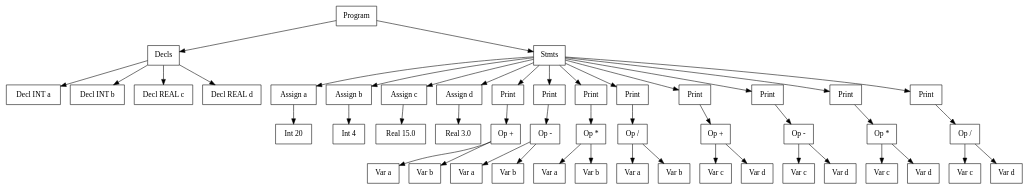
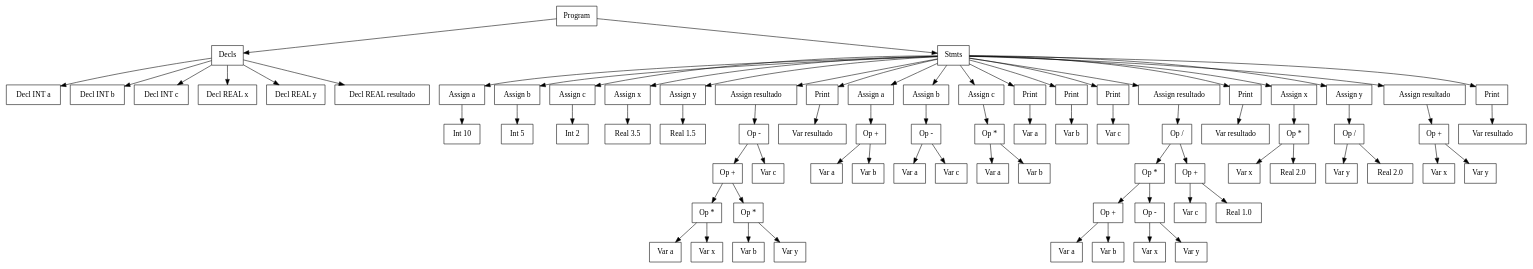
One commit to Otto-Schmitz/trabalho_gb_compiladores changed the diagram in ast.dot. Above: the diagram before and after it, drawn with Graphviz. The commit also changed 13 other files, not shown here.

```diff
--- a/ast.dot
+++ b/ast.dot
@@ -1,96 +1,156 @@
 digraph AST {
   node [shape=box, fontname="Consolas"];
   n0 [label="Program"];
   n1 [label="Decls"];
   n0 -> n1;
   n2 [label="Decl INT a"];
   n1 -> n2;
   n3 [label="Decl INT b"];
   n1 -> n3;
-  n4 [label="Decl REAL c"];
+  n4 [label="Decl INT c"];
   n1 -> n4;
-  n5 [label="Decl REAL d"];
+  n5 [label="Decl REAL x"];
   n1 -> n5;
-  n6 [label="Stmts"];
-  n0 -> n6;
-  n7 [label="Assign a"];
-  n8 [label="Int 20"];
-  n7 -> n8;
-  n6 -> n7;
-  n9 [label="Assign b"];
-  n10 [label="Int 4"];
+  n6 [label="Decl REAL y"];
+  n1 -> n6;
+  n7 [label="Decl REAL resultado"];
+  n1 -> n7;
+  n8 [label="Stmts"];
+  n0 -> n8;
+  n9 [label="Assign a"];
+  n10 [label="Int 10"];
   n9 -> n10;
-  n6 -> n9;
-  n11 [label="Assign c"];
-  n12 [label="Real 15.0"];
+  n8 -> n9;
+  n11 [label="Assign b"];
+  n12 [label="Int 5"];
   n11 -> n12;
-  n6 -> n11;
-  n13 [label="Assign d"];
-  n14 [label="Real 3.0"];
+  n8 -> n11;
+  n13 [label="Assign c"];
+  n14 [label="Int 2"];
   n13 -> n14;
-  n6 -> n13;
-  n15 [label="Print"];
-  n16 [label="Op +"];
-  n17 [label="Var a"];
-  n18 [label="Var b"];
-  n16 -> n17;
-  n16 -> n18;
+  n8 -> n13;
+  n15 [label="Assign x"];
+  n16 [label="Real 3.5"];
   n15 -> n16;
-  n6 -> n15;
-  n19 [label="Print"];
+  n8 -> n15;
+  n17 [label="Assign y"];
+  n18 [label="Real 1.5"];
+  n17 -> n18;
+  n8 -> n17;
+  n19 [label="Assign resultado"];
   n20 [label="Op -"];
-  n21 [label="Var a"];
-  n22 [label="Var b"];
+  n21 [label="Op +"];
+  n22 [label="Op *"];
+  n23 [label="Var a"];
+  n24 [label="Var x"];
+  n22 -> n23;
+  n22 -> n24;
+  n25 [label="Op *"];
+  n26 [label="Var b"];
+  n27 [label="Var y"];
+  n25 -> n26;
+  n25 -> n27;
+  n21 -> n22;
+  n21 -> n25;
+  n28 [label="Var c"];
   n20 -> n21;
-  n20 -> n22;
+  n20 -> n28;
   n19 -> n20;
-  n6 -> n19;
-  n23 [label="Print"];
-  n24 [label="Op *"];
-  n25 [label="Var a"];
-  n26 [label="Var b"];
-  n24 -> n25;
-  n24 -> n26;
-  n23 -> n24;
-  n6 -> n23;
-  n27 [label="Print"];
-  n28 [label="Op /"];
-  n29 [label="Var a"];
-  n30 [label="Var b"];
-  n28 -> n29;
-  n28 -> n30;
-  n27 -> n28;
-  n6 -> n27;
-  n31 [label="Print"];
+  n8 -> n19;
+  n29 [label="Print"];
+  n30 [label="Var resultado"];
+  n29 -> n30;
+  n8 -> n29;
+  n31 [label="Assign a"];
   n32 [label="Op +"];
-  n33 [label="Var c"];
-  n34 [label="Var d"];
+  n33 [label="Var a"];
+  n34 [label="Var b"];
   n32 -> n33;
   n32 -> n34;
   n31 -> n32;
-  n6 -> n31;
-  n35 [label="Print"];
+  n8 -> n31;
+  n35 [label="Assign b"];
   n36 [label="Op -"];
-  n37 [label="Var c"];
-  n38 [label="Var d"];
+  n37 [label="Var a"];
+  n38 [label="Var c"];
   n36 -> n37;
   n36 -> n38;
   n35 -> n36;
-  n6 -> n35;
-  n39 [label="Print"];
+  n8 -> n35;
+  n39 [label="Assign c"];
   n40 [label="Op *"];
-  n41 [label="Var c"];
-  n42 [label="Var d"];
+  n41 [label="Var a"];
+  n42 [label="Var b"];
   n40 -> n41;
   n40 -> n42;
   n39 -> n40;
-  n6 -> n39;
+  n8 -> n39;
   n43 [label="Print"];
-  n44 [label="Op /"];
-  n45 [label="Var c"];
-  n46 [label="Var d"];
-  n44 -> n45;
-  n44 -> n46;
+  n44 [label="Var a"];
   n43 -> n44;
-  n6 -> n43;
+  n8 -> n43;
+  n45 [label="Print"];
+  n46 [label="Var b"];
+  n45 -> n46;
+  n8 -> n45;
+  n47 [label="Print"];
+  n48 [label="Var c"];
+  n47 -> n48;
+  n8 -> n47;
+  n49 [label="Assign resultado"];
+  n50 [label="Op /"];
+  n51 [label="Op *"];
+  n52 [label="Op +"];
+  n53 [label="Var a"];
+  n54 [label="Var b"];
+  n52 -> n53;
+  n52 -> n54;
+  n55 [label="Op -"];
+  n56 [label="Var x"];
+  n57 [label="Var y"];
+  n55 -> n56;
+  n55 -> n57;
+  n51 -> n52;
+  n51 -> n55;
+  n58 [label="Op +"];
+  n59 [label="Var c"];
+  n60 [label="Real 1.0"];
+  n58 -> n59;
+  n58 -> n60;
+  n50 -> n51;
+  n50 -> n58;
+  n49 -> n50;
+  n8 -> n49;
+  n61 [label="Print"];
+  n62 [label="Var resultado"];
+  n61 -> n62;
+  n8 -> n61;
+  n63 [label="Assign x"];
+  n64 [label="Op *"];
+  n65 [label="Var x"];
+  n66 [label="Real 2.0"];
+  n64 -> n65;
+  n64 -> n66;
+  n63 -> n64;
+  n8 -> n63;
+  n67 [label="Assign y"];
+  n68 [label="Op /"];
+  n69 [label="Var y"];
+  n70 [label="Real 2.0"];
+  n68 -> n69;
+  n68 -> n70;
+  n67 -> n68;
+  n8 -> n67;
+  n71 [label="Assign resultado"];
+  n72 [label="Op +"];
+  n73 [label="Var x"];
+  n74 [label="Var y"];
+  n72 -> n73;
+  n72 -> n74;
+  n71 -> n72;
+  n8 -> n71;
+  n75 [label="Print"];
+  n76 [label="Var resultado"];
+  n75 -> n76;
+  n8 -> n75;
 }
```
